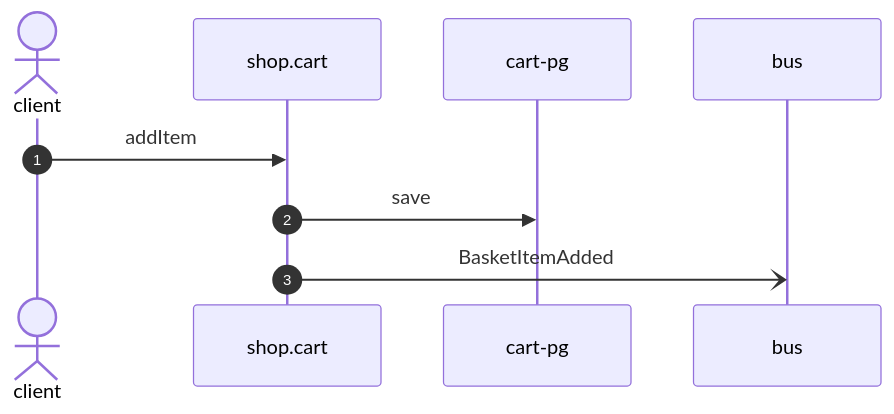
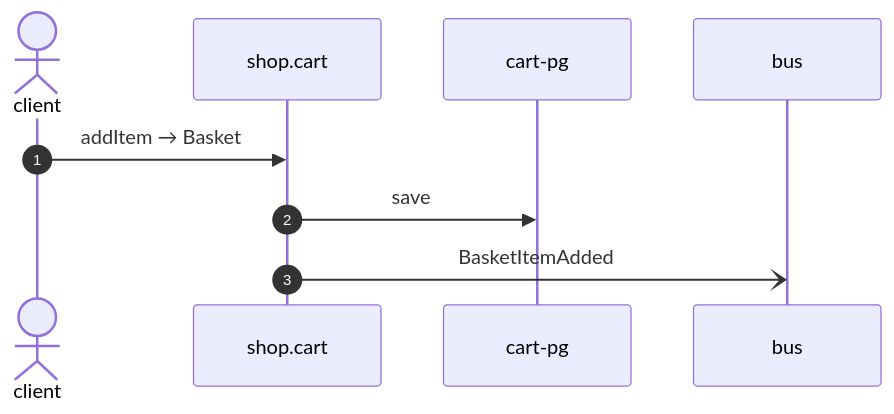
One commit to shortlink-org/portolan changed the diagram in docs/flows/cart-add-item.md. Above: the diagram before and after it, drawn with Mermaid. The commit also changed other lines of this file and 87 other files, not shown here.

````diff
--- a/docs/flows/cart-add-item.md
+++ b/docs/flows/cart-add-item.md
@@ -20,11 +20,11 @@
 ```mermaid
 sequenceDiagram
     autonumber
     actor p0 as client
     participant p1 as shop.cart
     participant p2 as cart-pg
     participant p3 as bus
-    p0->>p1: addItem
+    p0->>p1: addItem → Basket
     p1->>p2: save
     p1-)p3: BasketItemAdded
 ```
````
